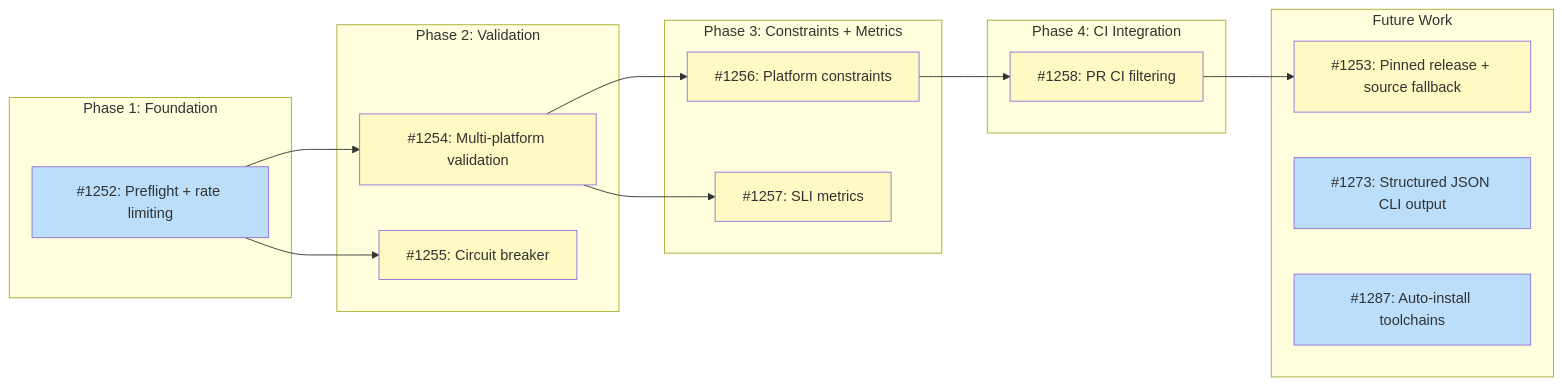
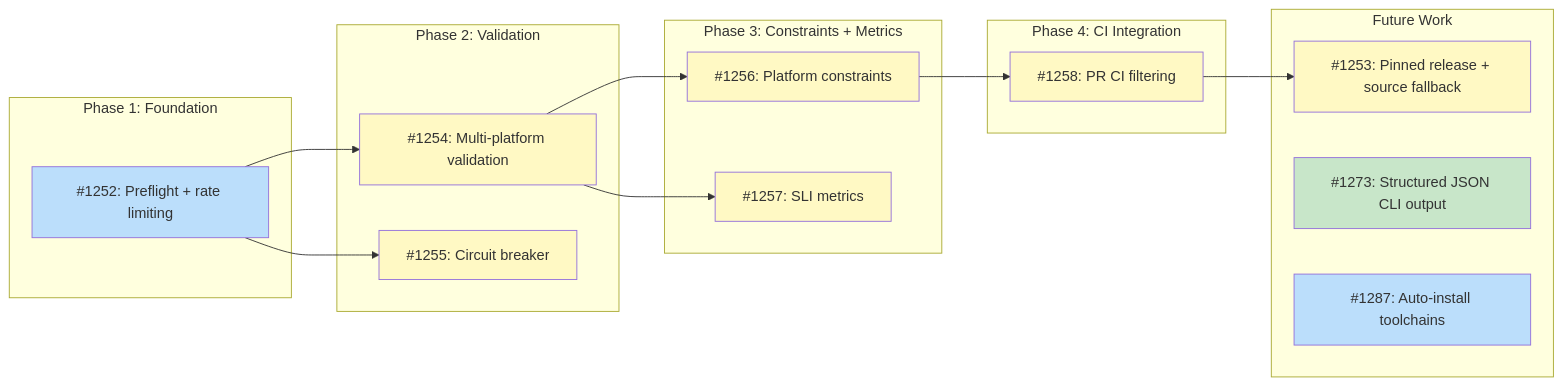
The diagram in docs/designs/DESIGN-batch-recipe-generation.md (tsukumogami/tsuku), drawn with Mermaid before and after one commit. The commit also changed other lines of this file and 3 other files, not shown here.

````diff
--- a/docs/designs/DESIGN-batch-recipe-generation.md
+++ b/docs/designs/DESIGN-batch-recipe-generation.md
@@ -32,43 +32,44 @@
 ```mermaid
 graph LR
     subgraph Phase1["Phase 1: Foundation"]
         I1252["#1252: Preflight + rate limiting"]
     end
 
     subgraph Phase2["Phase 2: Validation"]
         I1254["#1254: Multi-platform validation"]
         I1255["#1255: Circuit breaker"]
     end
 
     subgraph Phase3["Phase 3: Constraints + Metrics"]
         I1256["#1256: Platform constraints"]
         I1257["#1257: SLI metrics"]
     end
 
     subgraph Phase4["Phase 4: CI Integration"]
         I1258["#1258: PR CI filtering"]
     end
 
     subgraph Future["Future Work"]
         I1253["#1253: Pinned release + source fallback"]
         I1273["#1273: Structured JSON CLI output"]
         I1287["#1287: Auto-install toolchains"]
     end
 
     I1252 --> I1254
     I1252 --> I1255
     I1254 --> I1256
     I1254 --> I1257
     I1256 --> I1258
     I1258 --> I1253
 
     classDef done fill:#c8e6c9
     classDef ready fill:#bbdefb
     classDef blocked fill:#fff9c4
     classDef needsDesign fill:#e1bee7
 
     class I1252 ready
     class I1253 blocked
-    class I1273,I1287 ready
+    class I1273 done
+    class I1287 ready
     class I1254,I1255,I1256,I1257,I1258 blocked
 ```
````
